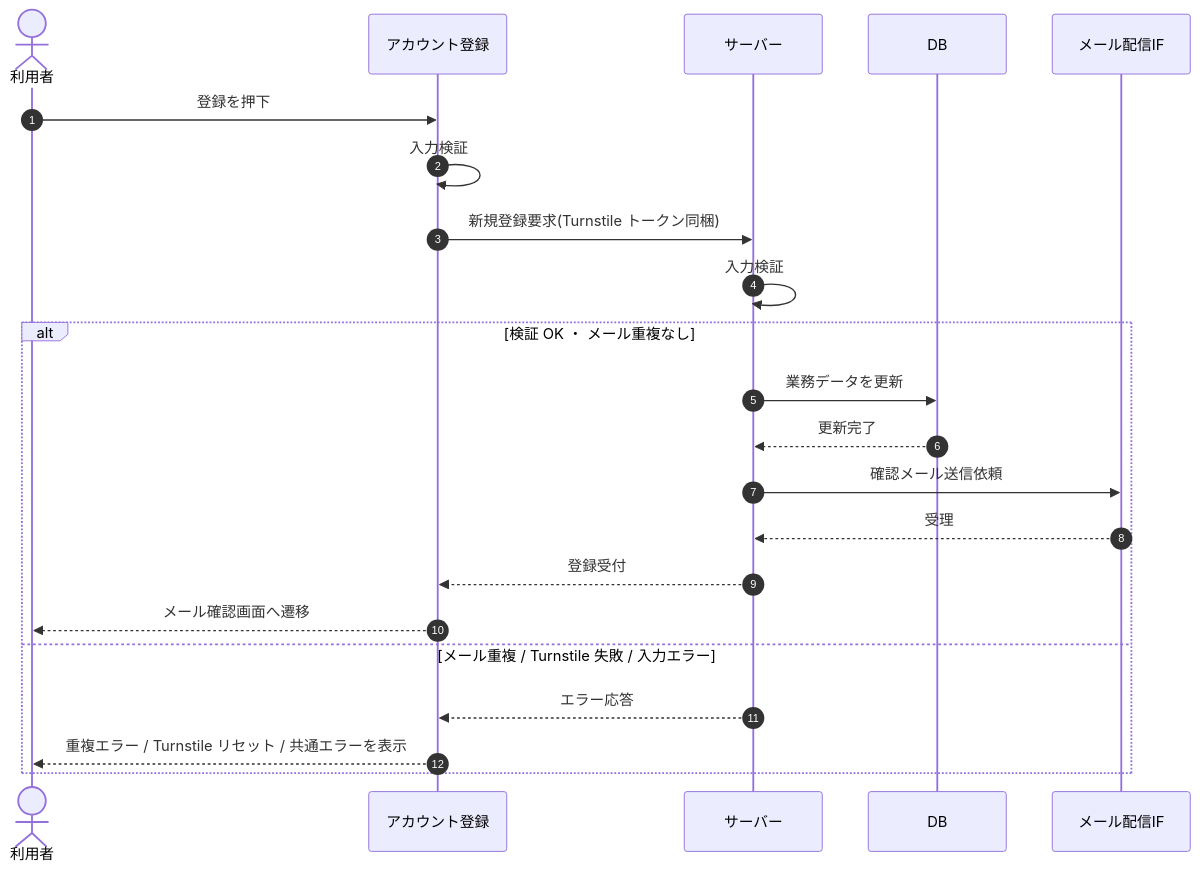
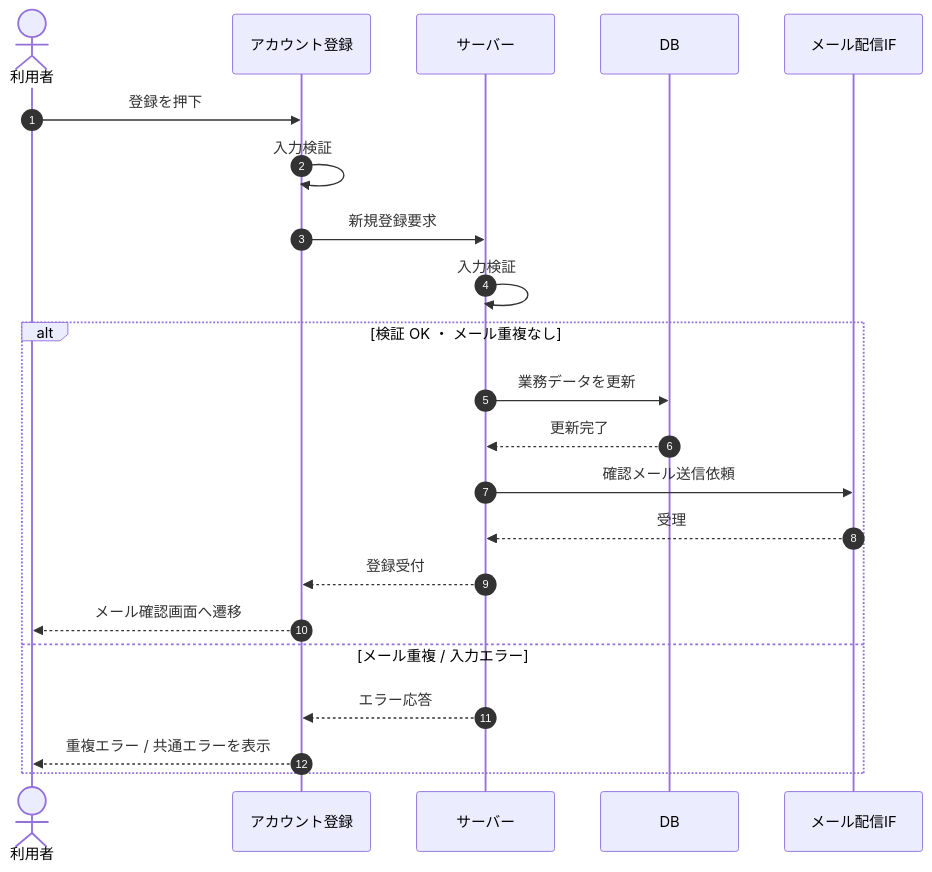
The diagram in 02_basic_design/03_sequences/SEQ-003.md (sikakou54/open-faq), drawn with Mermaid before and after one commit. The commit also changed other lines of this file and 162 other files, not shown here.

````diff
--- a/02_basic_design/03_sequences/SEQ-003.md
+++ b/02_basic_design/03_sequences/SEQ-003.md
@@ -24,24 +24,24 @@
 ```mermaid
 sequenceDiagram
   autonumber
   actor U as 利用者
   participant Screen as アカウント登録
   participant Server as サーバー
   participant DB as DB
   participant MAIL as メール配信IF
   U->>Screen: 登録を押下
   Screen->>Screen: 入力検証
-  Screen->>Server: 新規登録要求(Turnstile トークン同梱)
+  Screen->>Server: 新規登録要求
   Server->>Server: 入力検証
   alt 検証 OK ・ メール重複なし
     Server->>DB: 業務データを更新
     DB-->>Server: 更新完了
     Server->>MAIL: 確認メール送信依頼
     MAIL-->>Server: 受理
     Server-->>Screen: 登録受付
     Screen-->>U: メール確認画面へ遷移
-  else メール重複 / Turnstile 失敗 / 入力エラー
+  else メール重複 / 入力エラー
     Server-->>Screen: エラー応答
-    Screen-->>U: 重複エラー / Turnstile リセット / 共通エラーを表示
+    Screen-->>U: 重複エラー / 共通エラーを表示
   end
 ```
````
